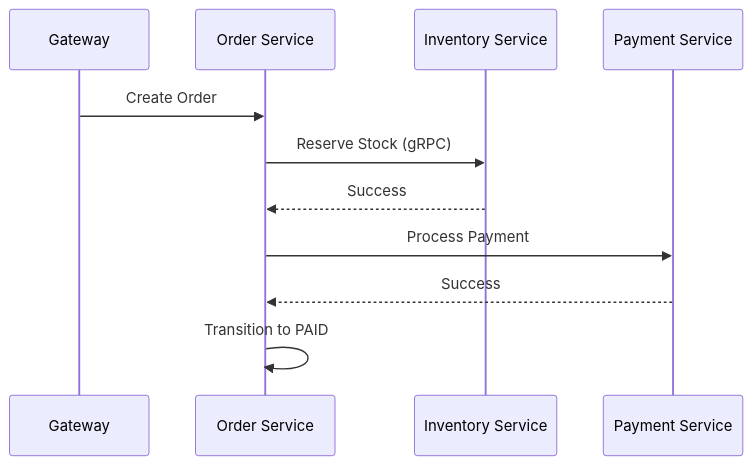
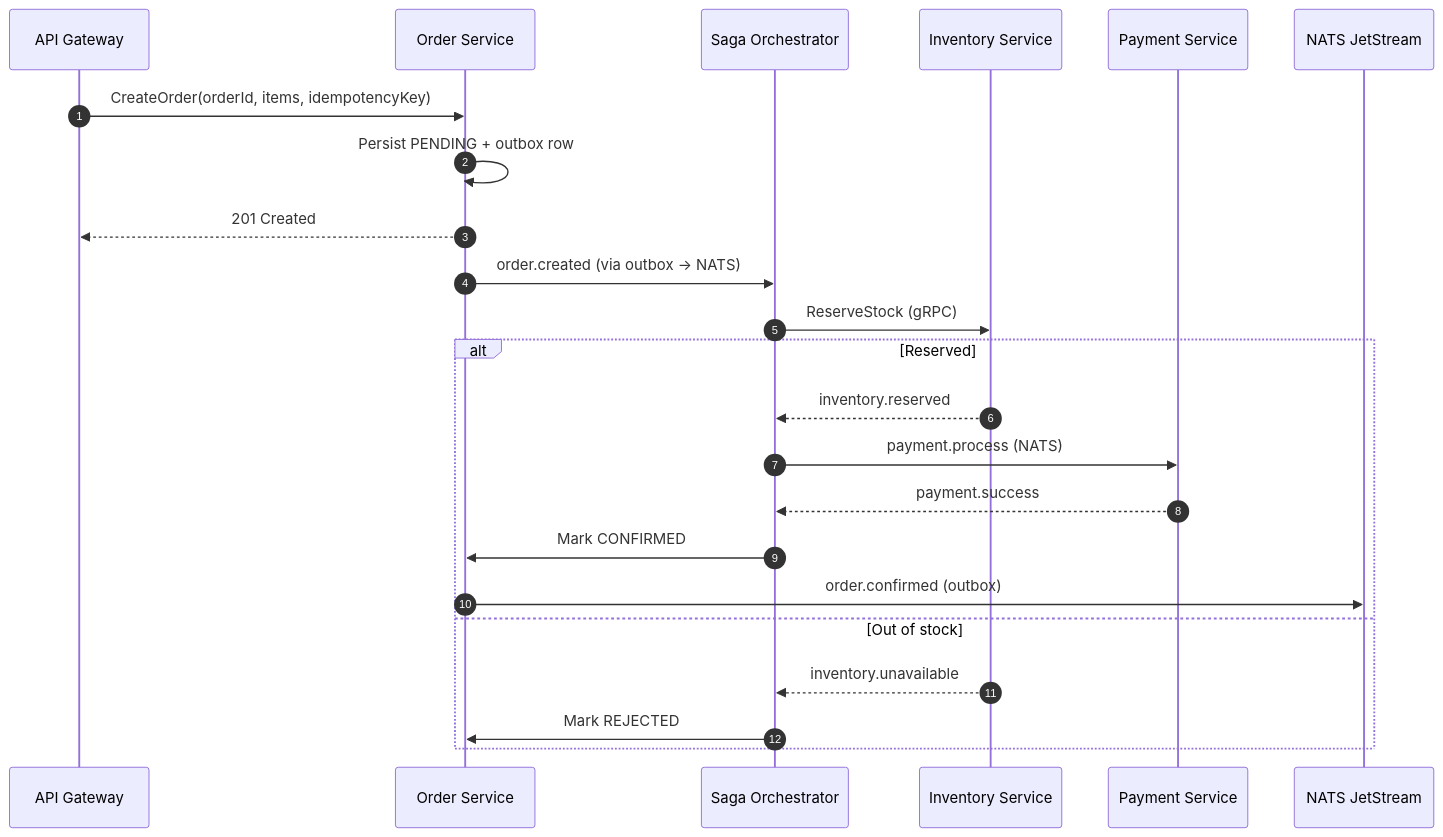
The first of 2 diagrams in docs/services/order-service.md (RajdeepDevelopment/skyline-shop-commerceos-microservices), drawn with Mermaid before and after one commit. The commit also changed other lines of this file and 47 other files, not shown here.

````diff
--- a/docs/services/order-service.md
+++ b/docs/services/order-service.md
@@ -23,14 +26,26 @@
 ```mermaid
 sequenceDiagram
-    participant GW as Gateway
+    autonumber
+    participant GW as API Gateway
     participant O as Order Service
+    participant S as Saga Orchestrator
     participant I as Inventory Service
     participant P as Payment Service
+    participant N as NATS JetStream
 
-    GW->>O: Create Order
-    O->>I: Reserve Stock (gRPC)
-    I-->>O: Success
-    O->>P: Process Payment
-    P-->>O: Success
-    O->>O: Transition to PAID
+    GW->>O: CreateOrder(orderId, items, idempotencyKey)
+    O->>O: Persist PENDING + outbox row
+    O-->>GW: 201 Created
+    O->>S: order.created (via outbox → NATS)
+    S->>I: ReserveStock (gRPC)
+    alt Reserved
+        I-->>S: inventory.reserved
+        S->>P: payment.process (NATS)
+        P-->>S: payment.success
+        S->>O: Mark CONFIRMED
+        O->>N: order.confirmed (outbox)
+    else Out of stock
+        I-->>S: inventory.unavailable
+        S->>O: Mark REJECTED
+    end
 ```
````
